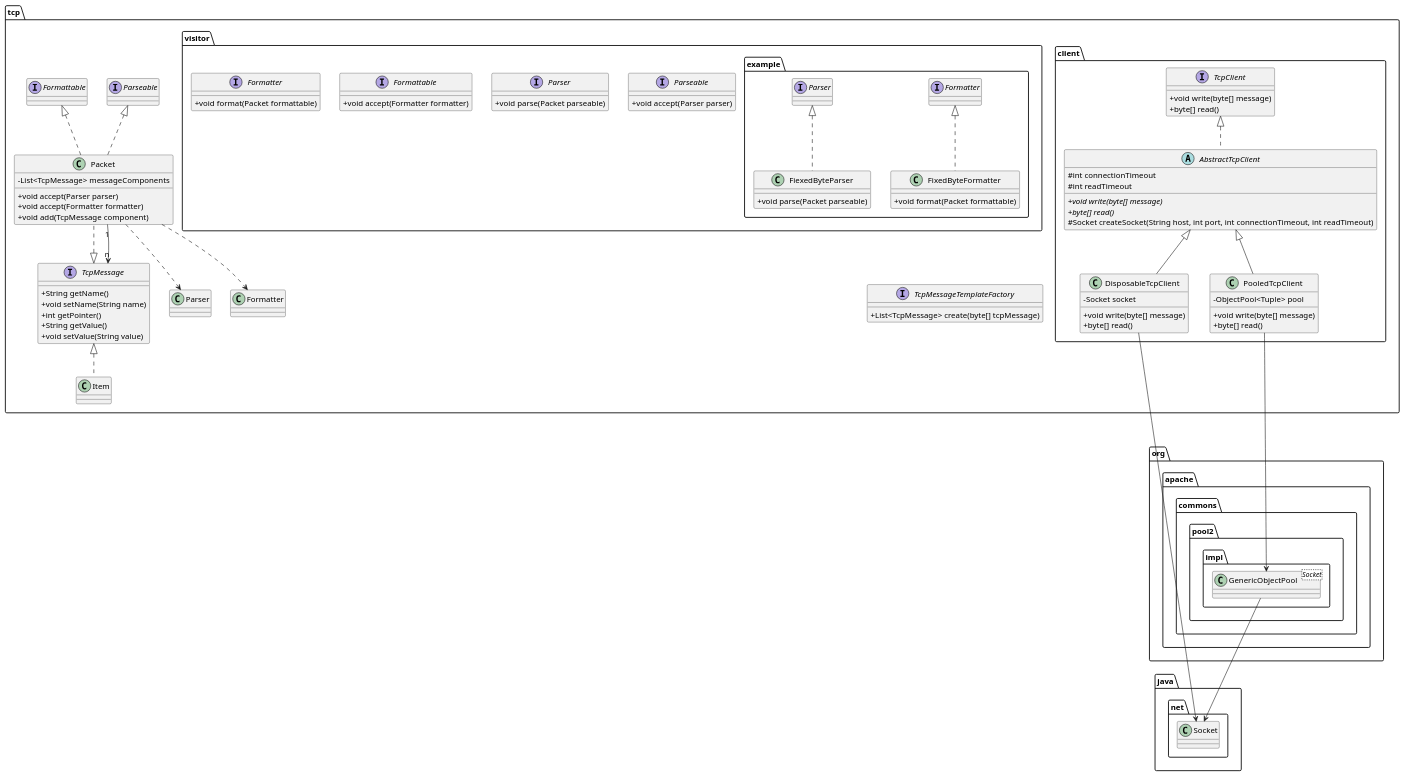
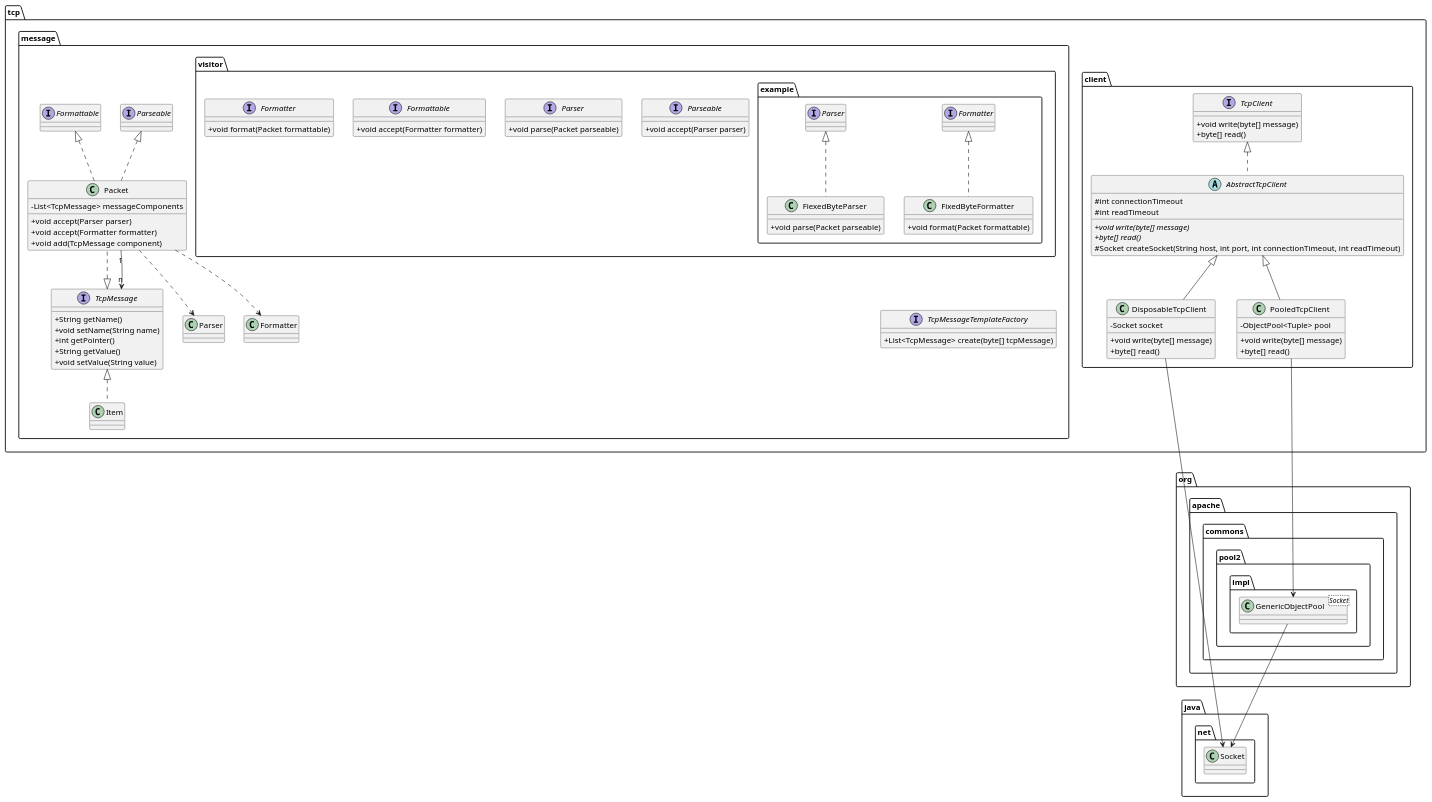
The diagram in docs/tcp-client.puml (meshkorea/vroong-tcplibrary), drawn with PlantUML before and after one commit. The commit also changed 13 other files, not shown here.

```diff
--- a/docs/tcp-client.puml
+++ b/docs/tcp-client.puml
@@ -1,106 +1,108 @@
 @startuml
 
 skinparam ClassAttributeIconSize 0
 
 package tcp {
     package client {
         interface TcpClient {
             + void write(byte[] message)
             + byte[] read()
         }
 
         abstract AbstractTcpClient implements TcpClient {
             # int connectionTimeout
             # int readTimeout
 
             + {abstract} void write(byte[] message)
             + {abstract} byte[] read()
             # Socket createSocket(String host, int port, int connectionTimeout, int readTimeout)
         }
 
         class DisposableTcpClient extends AbstractTcpClient {
             - Socket socket
             + void write(byte[] message)
             + byte[] read()
         }
 
         class PooledTcpClient extends AbstractTcpClient {
             - ObjectPool<Tuple> pool
             + void write(byte[] message)
             + byte[] read()
         }
     }
 
-    package visitor {
-        interface Formattable {
-            + void accept(Formatter formatter)
+    package message {
+        package visitor {
+            interface Formattable {
+                + void accept(Formatter formatter)
+            }
+
+            interface Formatter {
+                + void format(Packet formattable)
+            }
+
+            interface Parseable {
+                + void accept(Parser parser)
+            }
+
+            interface Parser {
+                + void parse(Packet parseable)
+            }
+
+            Parseable -[hidden]left-> Parser
+
+            package example {
+                    class FixedByteFormatter implements Formatter {
+                        + void format(Packet formattable)
+                    }
+                    class FiexedByteParser implements Parser {
+                        + void parse(Packet parseable)
+                    }
+                }
         }
 
-        interface Formatter {
-            + void format(Packet formattable)
+        Packet -[hidden]down-> TcpMessage
+
+        interface TcpMessage {
+            + String getName()
+            + void setName(String name)
+            + int getPointer()
+            + String getValue()
+            + void setValue(String value)
         }
 
-        interface Parseable {
-            + void accept(Parser parser)
+        interface TcpMessageTemplateFactory {
+            + List<TcpMessage> create(byte[] tcpMessage)
         }
 
-        interface Parser {
-            + void parse(Packet parseable)
+        class Packet implements Parseable, Formattable, TcpMessage {
+            - List<TcpMessage> messageComponents
+            + void accept(Parser parser)
+            + void accept(Formatter formatter)
+            + void add(TcpMessage component)
         }
 
-        Parseable -[hidden]left-> Parser
+        class Item implements TcpMessage {
+        }
 
-        package example {
-                class FixedByteFormatter implements Formatter {
-                    + void format(Packet formattable)
-                }
-                class FiexedByteParser implements Parser {
-                    + void parse(Packet parseable)
-                }
-            }
+        Packet ..> Parser
+        Packet ..> Formatter
+        Packet "1"-down->"n" TcpMessage
     }
-
-    Packet -[hidden]down-> TcpMessage
-
-    interface TcpMessage {
-        + String getName()
-        + void setName(String name)
-        + int getPointer()
-        + String getValue()
-        + void setValue(String value)
-    }
-
-    interface TcpMessageTemplateFactory {
-        + List<TcpMessage> create(byte[] tcpMessage)
-    }
-
-    class Packet implements Parseable, Formattable, TcpMessage {
-        - List<TcpMessage> messageComponents
-        + void accept(Parser parser)
-        + void accept(Formatter formatter)
-        + void add(TcpMessage component)
-    }
-
-    class Item implements TcpMessage {
-    }
-
-    Packet ..> Parser
-    Packet ..> Formatter
-    Packet "1"-down->"n" TcpMessage
 }
 
 package org.apache.commons.pool2.impl {
     class GenericObjectPool<Socket>
 }
 
 package java.net {
     class Socket
 }
 
 DisposableTcpClient -down-> Socket
 PooledTcpClient --down--> GenericObjectPool
 GenericObjectPool -down-> Socket
 
 FixedByteFormatter -[hidden]down-> TcpMessageTemplateFactory
 
 @enduml
```
